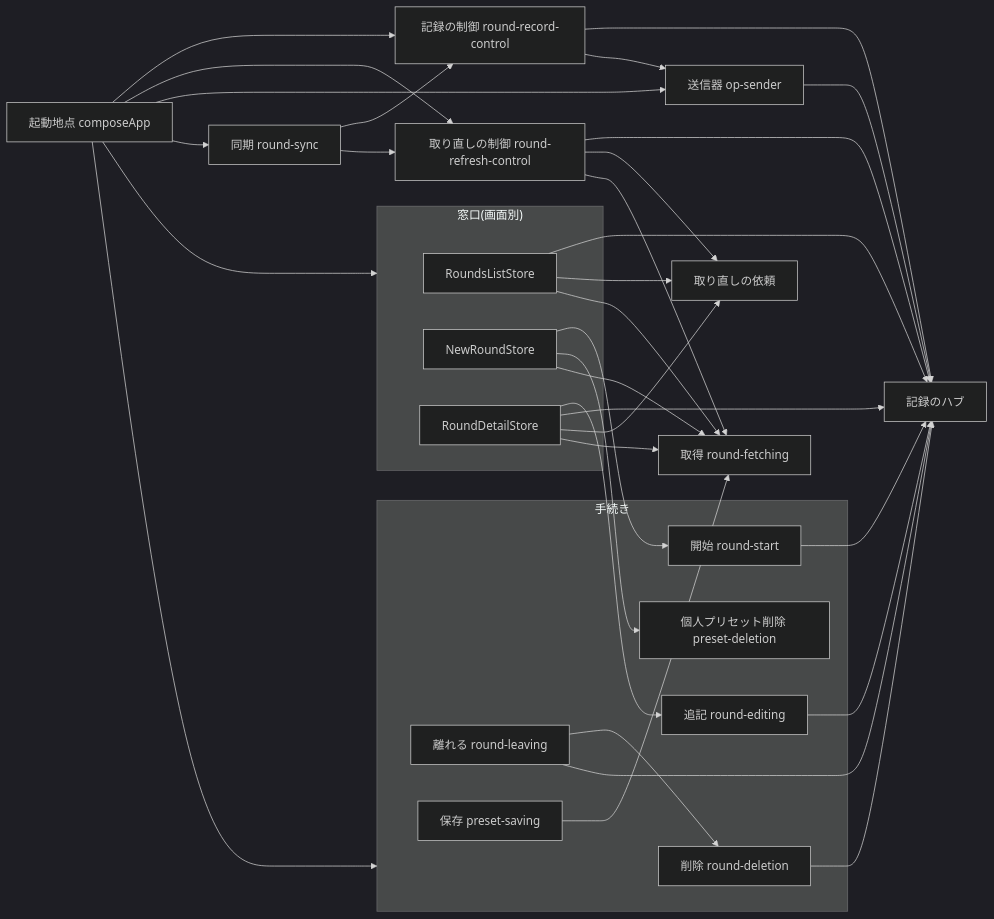
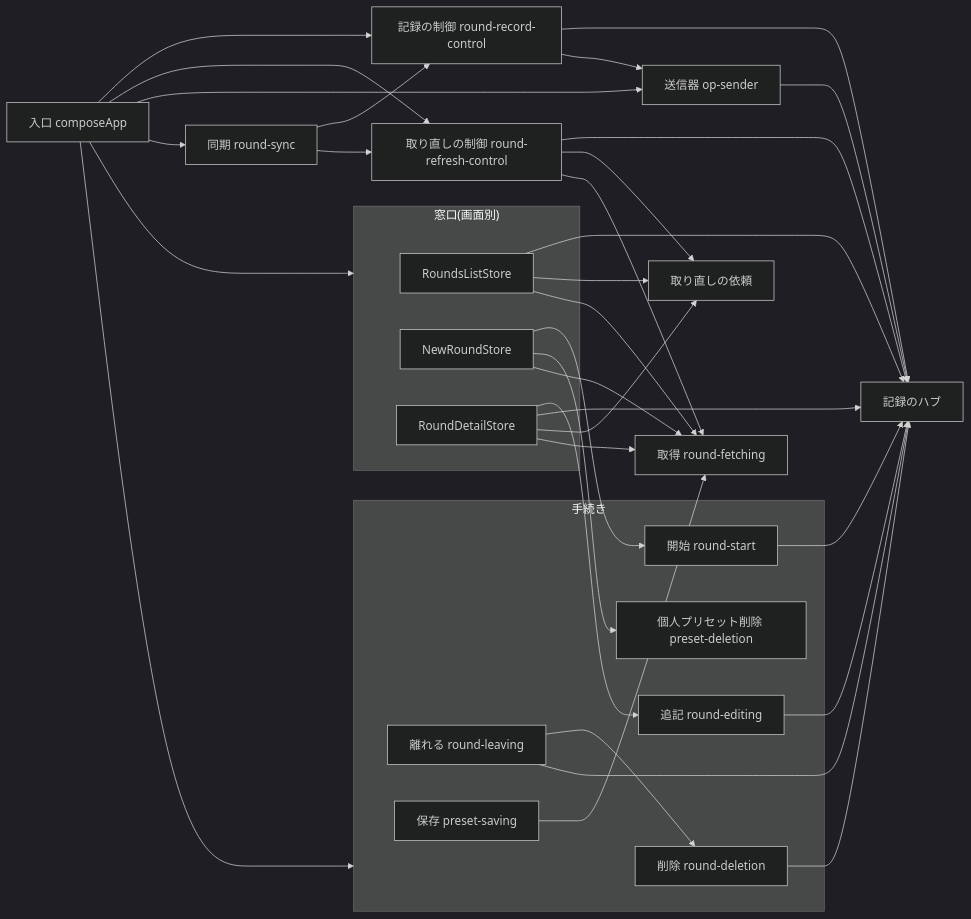
One commit to yukiyamasaki6/aims changed the diagram in docs/features/rounds/design.md. Above: the diagram before and after it, drawn with Mermaid (dark theme). The commit also changed other lines of this file and 25 other files, not shown here.

Commit message:
refactor(architecture): 構造の規則を5つに整理し、依存の向きをlintで検査する (#756)

````diff
--- a/docs/features/rounds/design.md
+++ b/docs/features/rounds/design.md
@@ -14,54 +14,54 @@
 ```mermaid
 flowchart LR
-  compose["起動地点 composeApp"]
+  compose["入口 composeApp"]
   subgraph stores["窓口(画面別)"]
     list["RoundsListStore"]
     newRound["NewRoundStore"]
     detail["RoundDetailStore"]
   end
   subgraph procedures["手続き"]
     deletion["削除 round-deletion"]
     leaving["離れる round-leaving"]
     start["開始 round-start"]
     presetDeletion["個人プリセット削除 preset-deletion"]
     presetSaving["保存 preset-saving"]
     editing["追記 round-editing"]
   end
   hub["記録のハブ"]
   requests["取り直しの依頼"]
   fetching["取得 round-fetching"]
   control["記録の制御 round-record-control"]
   refreshControl["取り直しの制御 round-refresh-control"]
   sender["送信器 op-sender"]
   sync["同期 round-sync"]
   compose --> stores
   compose --> procedures
   compose --> control
   compose --> refreshControl
   compose --> sender
   compose --> sync
   list --> hub
   list --> requests
   list --> fetching
   newRound --> start
   newRound --> presetDeletion
   newRound --> fetching
   detail --> editing
   detail --> hub
   detail --> requests
   detail --> fetching
   leaving --> deletion
   leaving --> hub
   deletion --> hub
   start --> hub
   editing --> hub
   presetSaving --> fetching
   control --> hub
   control --> sender
   sender --> hub
   refreshControl --> hub
   refreshControl --> requests
   refreshControl --> fetching
   sync --> control
   sync --> refreshControl
 ```
````
